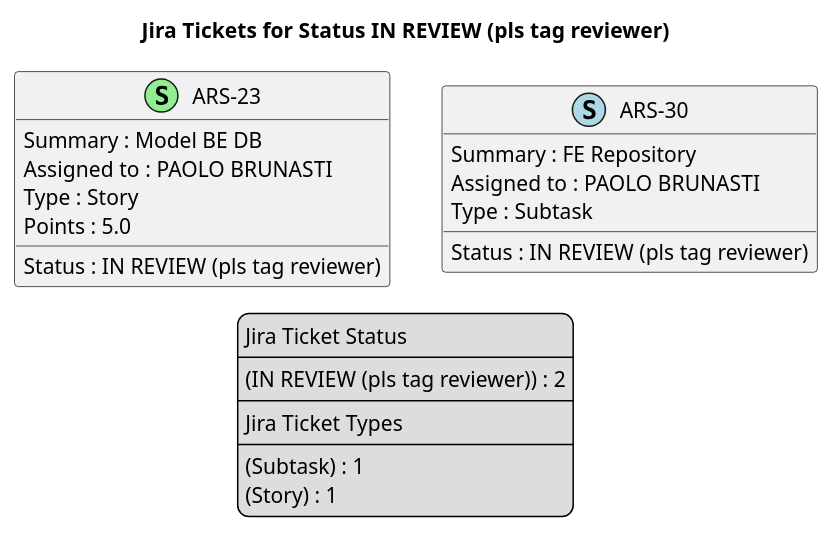
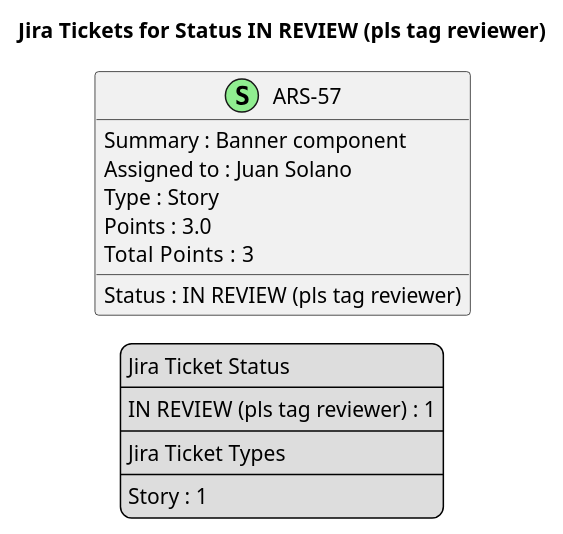
One commit to brunasti/jiraplotter changed the diagram in docs/nexus/jira-Status-IN_REVIEW_(pls_tag_reviewer).puml. Above: the diagram before and after it, drawn with PlantUML. The commit also changed 24 other files, not shown here.

Commit message:
Regenerates Nexus diagrams

```diff
--- a/docs/nexus/jira-Status-IN_REVIEW_(pls_tag_reviewer).puml
+++ b/docs/nexus/jira-Status-IN_REVIEW_(pls_tag_reviewer).puml
@@ -1,43 +1,36 @@
 @startuml
 'https://plantuml.com/class-diagram
 
 ' GENERATE CLASS DIAGRAM ===========
-' Generated at    : Tue May 14 12:25:21 CEST 2024
+' Generated at    : Fri May 17 15:34:31 CEST 2024
 
 title Jira Tickets for Status IN REVIEW (pls tag reviewer)
 hide empty members
 
 legend
 Jira Ticket Status
 ----
-(IN REVIEW (pls tag reviewer)) : 2
+IN REVIEW (pls tag reviewer) : 1
 ----
 Jira Ticket Types
 ----
-(Subtask) : 1
-(Story) : 1
+Story : 1
 end legend
 
 
 ' Tickets =======
-class "ARS-23" << (S,lightgreen) >> {
-  Summary : Model BE DB
-  Assigned to : PAOLO BRUNASTI
-  Status : IN REVIEW (pls tag reviewer)
-  Type : Story
-  Points : 5.0
-}
-
-class "ARS-30" << (S,lightblue) >> {
-  Summary : FE Repository
-  Assigned to : PAOLO BRUNASTI
-  Status : IN REVIEW (pls tag reviewer)
-  Type : Subtask
+class "ARS-57" << (S,lightgreen) >> {
+ Summary : Banner component
+ Assigned to : Juan Solano
+ Status : IN REVIEW (pls tag reviewer)
+ Type : Story
+ Points : 3.0
+Total  Points : 3
 }
 
 
 
 ' Links =======
 
 
 @enduml
```
